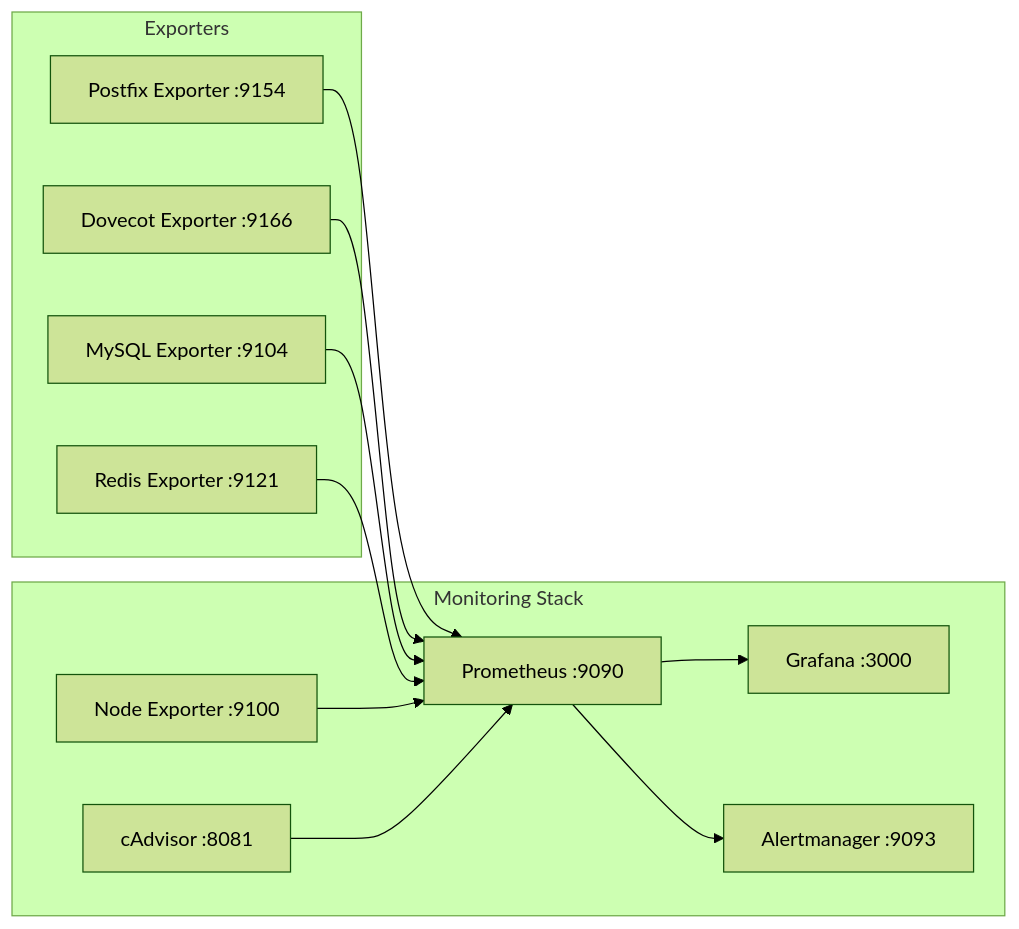
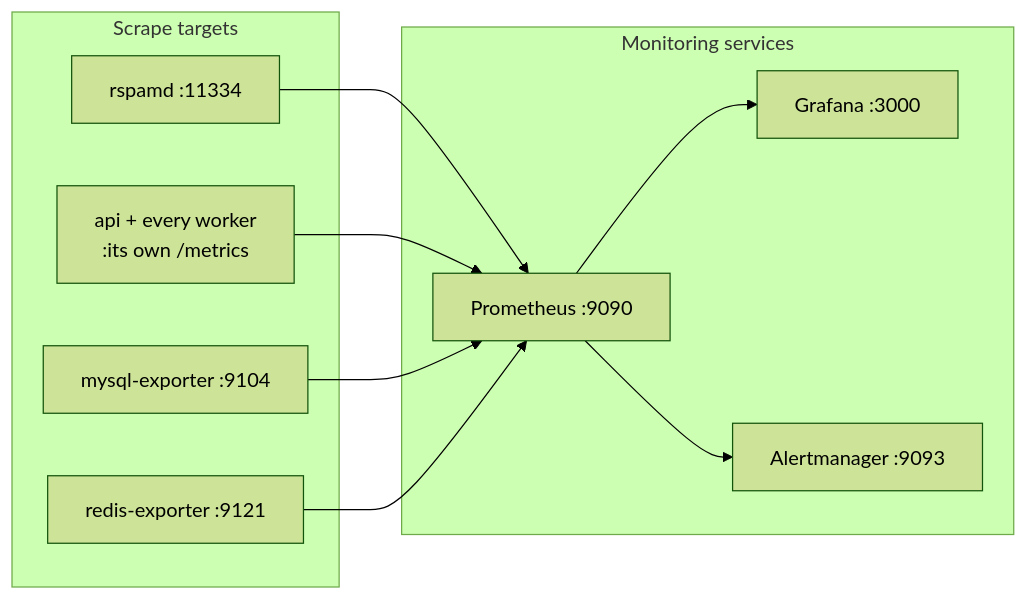
One commit to Techies-Africa/mailyte-mail-server-community changed the diagram in docs/deployment/monitoring-stack.md. Above: the diagram before and after it, drawn with Mermaid (forest theme). The commit also changed other lines of this file and 481 other files, not shown here.

````diff
--- a/docs/deployment/monitoring-stack.md
+++ b/docs/deployment/monitoring-stack.md
@@ -12,26 +9,22 @@
 ```mermaid
 graph LR
-    subgraph Monitoring Stack
+    subgraph Scrape targets
+        RS[rspamd :11334]
+        API[api + every worker<br/>:its own /metrics]
+        ME[mysql-exporter :9104]
+        RE[redis-exporter :9121]
+    end
+
+    subgraph Monitoring services
         PR[Prometheus :9090]
         GR[Grafana :3000]
         AM[Alertmanager :9093]
-        NE[Node Exporter :9100]
-        CA[cAdvisor :8081]
     end
 
-    subgraph Exporters
-        PE[Postfix Exporter :9154]
-        DE[Dovecot Exporter :9166]
-        ME[MySQL Exporter :9104]
-        RE[Redis Exporter :9121]
-    end
-
-    PE --> PR
-    DE --> PR
+    RS --> PR
+    API --> PR
     ME --> PR
     RE --> PR
-    NE --> PR
-    CA --> PR
     PR --> GR
     PR --> AM
 ```
````
